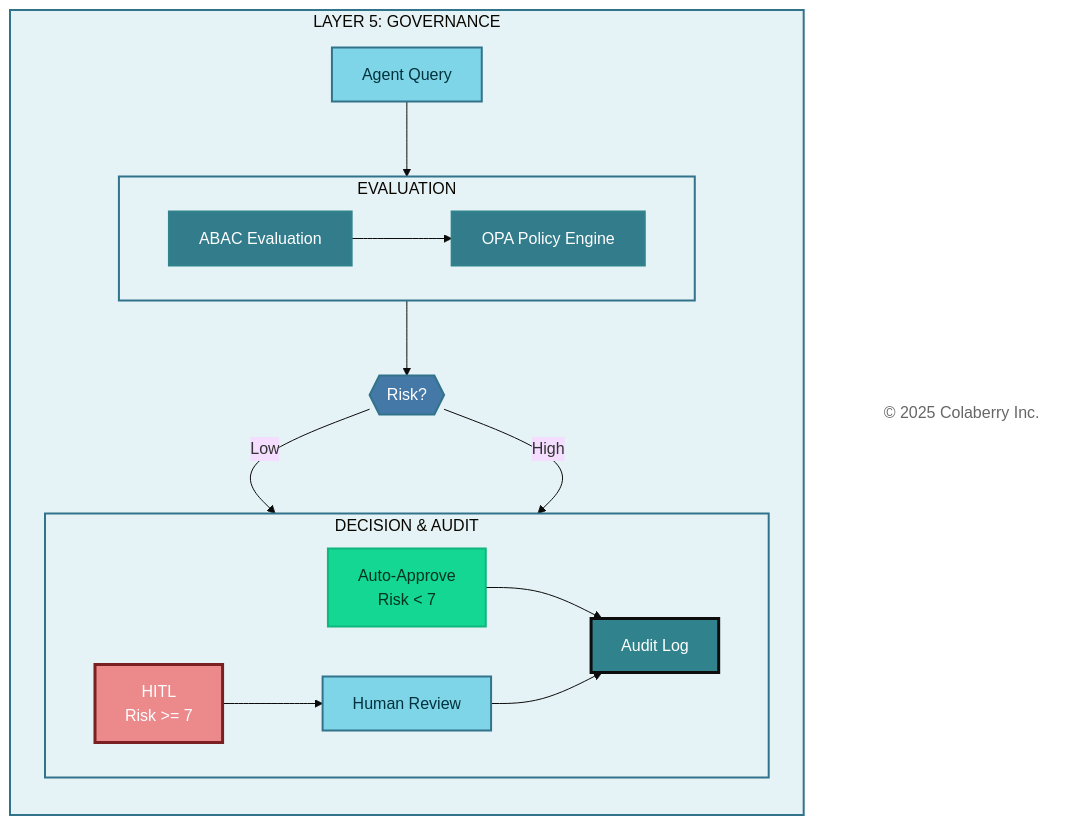
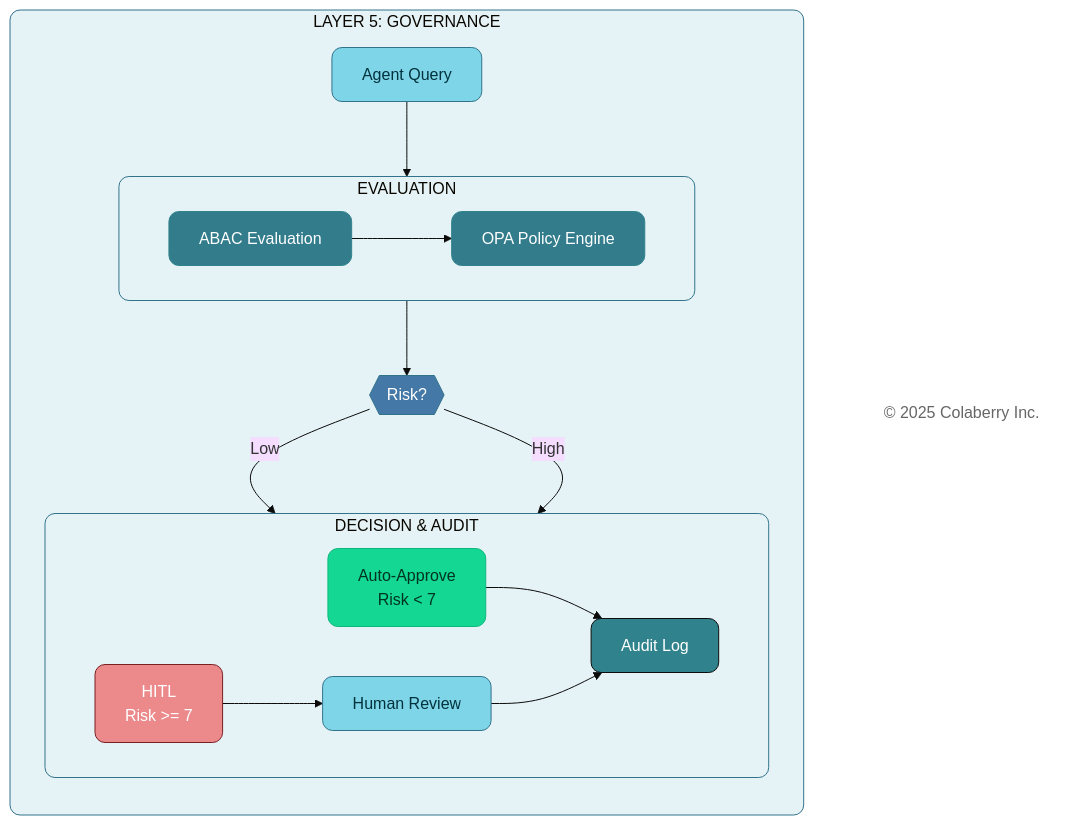
One commit to colaberry/trust-before-intelligence-book changed the fourth of 14 diagrams in manuscript/07_chapter_6_transparency_orchestration_layers.md. Above: the diagram before and after it, drawn with Mermaid (base theme). The commit also changed other lines of this file and 12 other files, not shown here.

````diff
--- a/manuscript/07_chapter_6_transparency_orchestration_layers.md
+++ b/manuscript/07_chapter_6_transparency_orchestration_layers.md
@@ -317,45 +317,45 @@
 ```mermaid
 
 graph TB
     subgraph LAYER5["LAYER 5: GOVERNANCE"]
         direction TB
         Query["Agent Query"]
         
         subgraph EVAL["EVALUATION"]
             direction LR
             ABAC["ABAC Evaluation"]
             OPA["OPA Policy Engine"]
             ABAC --> OPA
         end
         
         Risk{{"Risk?"}}
         
         subgraph DECISION["DECISION & AUDIT"]
             direction LR
             Auto["Auto-Approve<br/>Risk < 7"]
             HITL["HITL<br/>Risk >= 7"]
             Human["Human Review"]
             Audit["Audit Log"]
         end
     end
     
     Copyright["© 2025 Colaberry Inc."]
     
     Query --> EVAL --> Risk
     Risk -->|"Low"| Auto --> Audit
     Risk -->|"High"| HITL --> Human --> Audit
     
-    style LAYER5 fill:#E6F3F6,stroke:#32738C,stroke-width:2px
-    style Query fill:#7FD5E8,stroke:#32738C,stroke-width:2px,color:#00323D
-    style EVAL fill:#E6F3F6,stroke:#32738C,stroke-width:2px
-    style ABAC fill:#327C8C,stroke:#30838C,stroke-width:2px,color:#ffffff
-    style OPA fill:#327C8C,stroke:#30838C,stroke-width:2px,color:#ffffff
-    style Risk fill:#4478A6,stroke:#32738C,stroke-width:2px,color:#ffffff
-    style DECISION fill:#E6F3F6,stroke:#32738C,stroke-width:2px
-    style Auto fill:#14D793,color:#003322,stroke:#0FB67D,stroke-width:2px
-    style HITL fill:#EB898B,color:#ffffff,stroke:#7A1F22,stroke-width:3px
-    style Human fill:#7FD5E8,stroke:#32738C,stroke-width:2px,color:#00323D
-    style Audit fill:#30838C,color:#ffffff,stroke:#0D0D0D,stroke-width:3px
-    style Copyright fill:#ffffff,stroke:none,color:#666666
+    style LAYER5 fill:#E6F3F6,stroke:#32738C,stroke-width:1px,rx:10,ry:10
+    style Query fill:#7FD5E8,stroke:#32738C,stroke-width:1px,color:#00323D,rx:10,ry:10
+    style EVAL fill:#E6F3F6,stroke:#32738C,stroke-width:1px,rx:10,ry:10
+    style ABAC fill:#327C8C,stroke:#30838C,stroke-width:1px,color:#ffffff,rx:10,ry:10
+    style OPA fill:#327C8C,stroke:#30838C,stroke-width:1px,color:#ffffff,rx:10,ry:10
+    style Risk fill:#4478A6,stroke:#32738C,stroke-width:1px,color:#ffffff,rx:10,ry:10
+    style DECISION fill:#E6F3F6,stroke:#32738C,stroke-width:1px,rx:10,ry:10
+    style Auto fill:#14D793,color:#003322,stroke:#0FB67D,stroke-width:1px,rx:10,ry:10
+    style HITL fill:#EB898B,color:#ffffff,stroke:#7A1F22,stroke-width:1px,rx:10,ry:10
+    style Human fill:#7FD5E8,stroke:#32738C,stroke-width:1px,color:#00323D,rx:10,ry:10
+    style Audit fill:#30838C,color:#ffffff,stroke:#0D0D0D,stroke-width:1px,rx:10,ry:10
+    style Copyright fill:none,stroke:none,color:#666666
 
 ```
````
